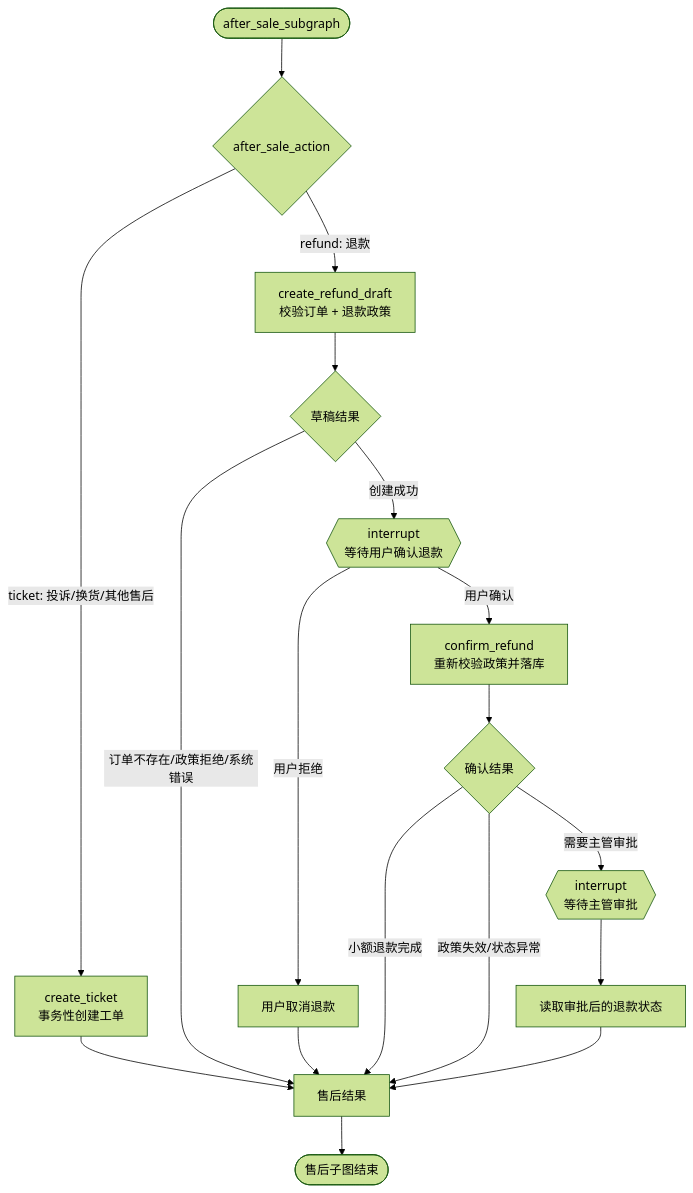
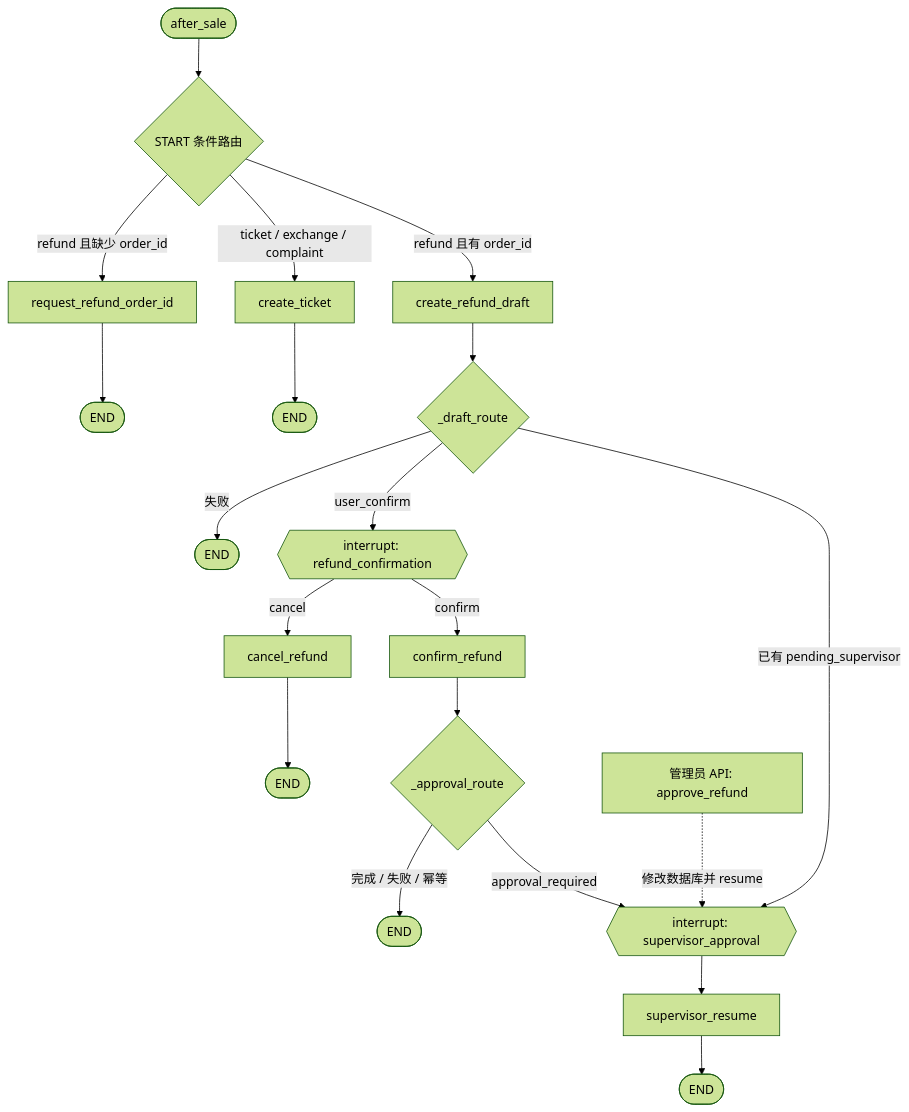
Before and after one commit to selennac/Smart-Customer-Service: the diagram in graph_design/after_sale.mmd, drawn with Mermaid (forest theme). The commit also changed 20 other files, not shown here.

Commit message:
1. 完成子图设计 2. 完成admin API

```diff
--- a/graph_design/after_sale.mmd
+++ b/graph_design/after_sale.mmd
@@ -1,26 +1,28 @@
 flowchart TD
-    AS_START([after_sale_subgraph]) --> action_route{after_sale_action}
+    START([after_sale]) --> ROUTE{START 条件路由}
 
-    action_route -->|refund: 退款| refund_draft[create_refund_draft<br/>校验订单 + 退款政策]
-    action_route -->|ticket: 投诉/换货/其他售后| create_ticket[create_ticket<br/>事务性创建工单]
+    ROUTE -->|refund 且缺少 order_id| ASK[request_refund_order_id]
+    ASK --> END1([END])
 
-    create_ticket --> as_result[售后结果]
-    refund_draft --> draft_check{草稿结果}
+    ROUTE -->|ticket / exchange / complaint| TICKET[create_ticket]
+    TICKET --> END2([END])
 
-    draft_check -->|订单不存在/政策拒绝/系统错误| as_result
-    draft_check -->|创建成功| user_interrupt{{interrupt<br/>等待用户确认退款}}
+    ROUTE -->|refund 且有 order_id| DRAFT[create_refund_draft]
+    DRAFT --> DRAFT_ROUTE{_draft_route}
 
-    user_interrupt -->|用户拒绝| user_cancelled[用户取消退款]
-    user_interrupt -->|用户确认| confirm_refund[confirm_refund<br/>重新校验政策并落库]
+    DRAFT_ROUTE -->|失败| END3([END])
+    DRAFT_ROUTE -->|user_confirm| USER{{interrupt: refund_confirmation}}
+    DRAFT_ROUTE -->|已有 pending_supervisor| SUP{{interrupt: supervisor_approval}}
 
-    user_cancelled --> as_result
-    confirm_refund --> confirm_check{确认结果}
+    USER -->|cancel| CANCEL[cancel_refund]
+    USER -->|confirm| CONFIRM[confirm_refund]
+    CANCEL --> END4([END])
 
-    confirm_check -->|小额退款完成| as_result
-    confirm_check -->|政策失效/状态异常| as_result
-    confirm_check -->|需要主管审批| supervisor_interrupt{{interrupt<br/>等待主管审批}}
+    CONFIRM --> CONFIRM_ROUTE{_approval_route}
+    CONFIRM_ROUTE -->|完成 / 失败 / 幂等| END5([END])
+    CONFIRM_ROUTE -->|approval_required| SUP
 
-    supervisor_interrupt --> supervisor_resume[读取审批后的退款状态]
-    supervisor_resume --> as_result
+    SUP --> RESUME[supervisor_resume]
+    RESUME --> END6([END])
 
-    as_result --> AS_END([售后子图结束])
+    ADMIN[管理员 API: approve_refund] -. 修改数据库并 resume .-> SUP
```
